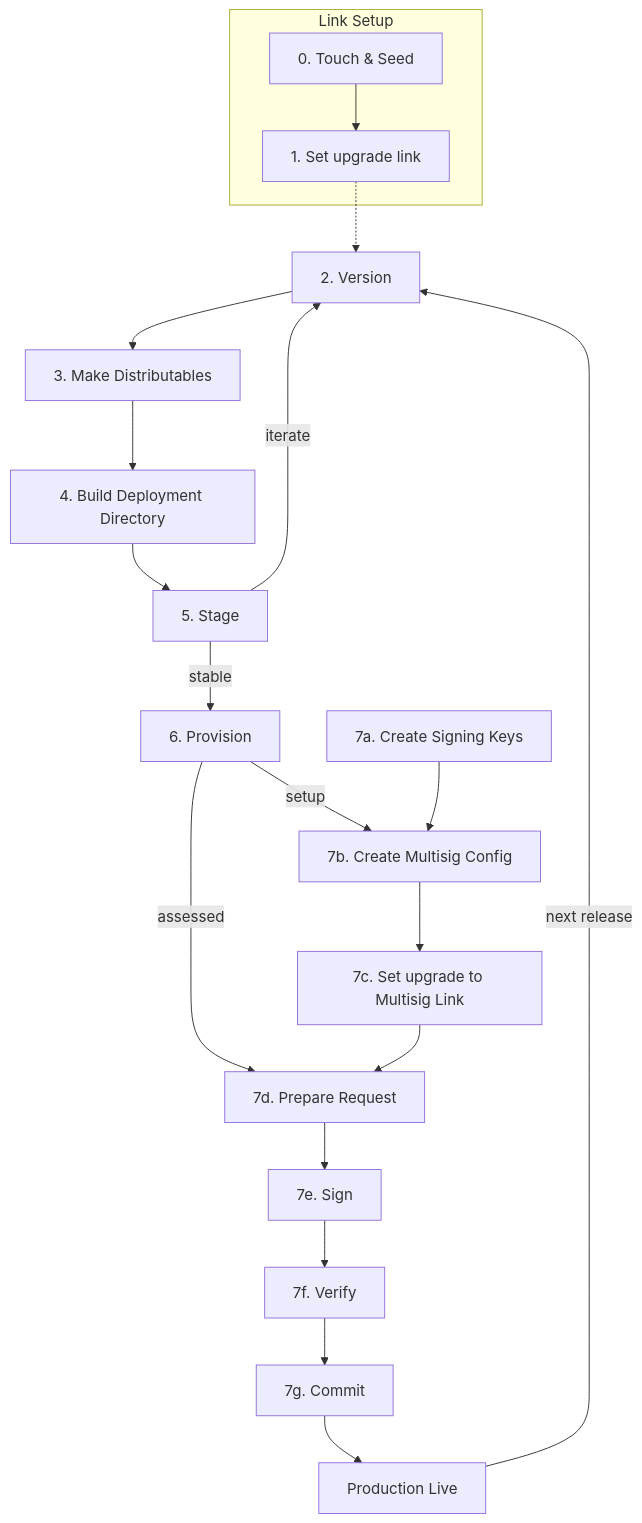
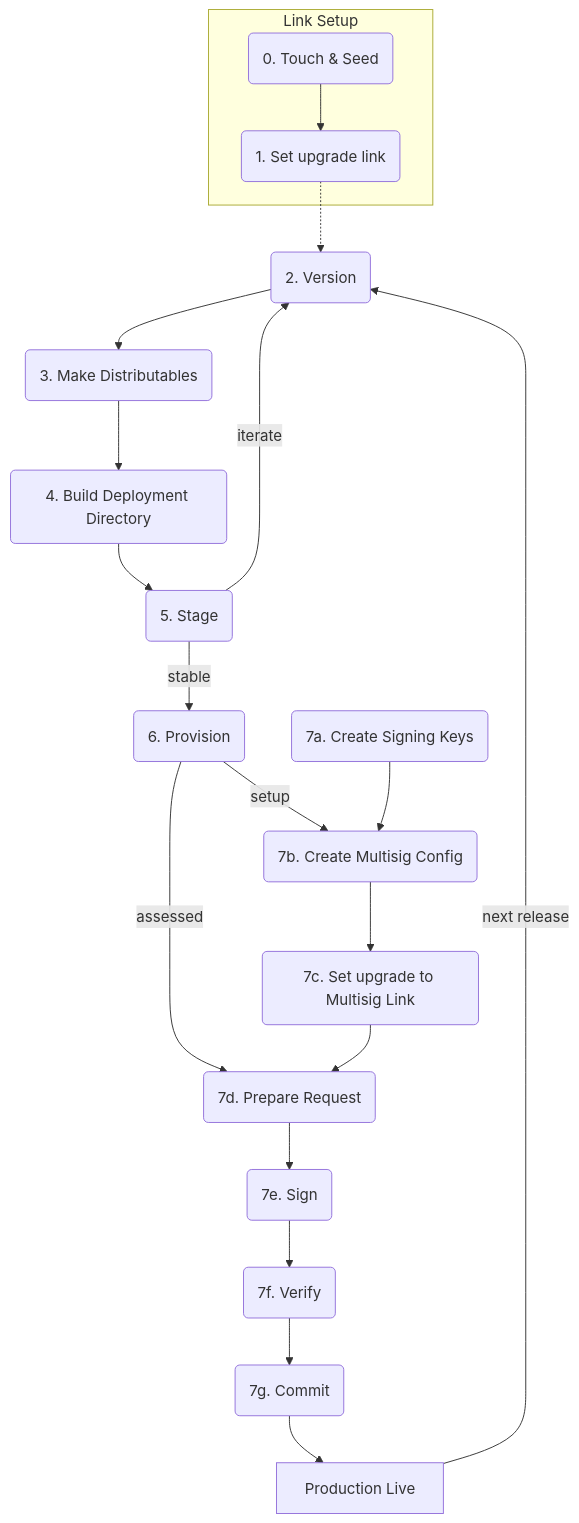
One commit to AndreiRegiani/hello-pear-electron changed the fourth of 9 diagrams in README.md. Above: the diagram before and after it, drawn with Mermaid. The commit also changed other lines of this file, not shown here.

Commit message:
iterate diagrams (#36)

````diff
--- a/README.md
+++ b/README.md
@@ -335,25 +335,25 @@
 ```mermaid
 graph TD
     subgraph Link Setup
-        T[0. Touch & Seed] --> U[1. Set upgrade link]
+        T(0. Touch & Seed) --> U(1. Set upgrade link)
     end
 
     U -.-> V
 
-    V[2. Version] --> Make[3. Make Distributables]
-    Make --> Build[4. Build Deployment Directory]
-    Build --> Stage[5. Stage]
+    V(2. Version) --> Make(3. Make Distributables)
+    Make --> Build(4. Build Deployment Directory)
+    Build --> Stage(5. Stage)
     Stage -->|iterate| V
-    Stage -->|stable| Prov[6. Provision]
-    Prov -->|assessed| Req[7d. Prepare Request]
-    Req --> Sign[7e. Sign]
-    Sign --> Verify[7f. Verify]
-    Verify --> Commit[7g. Commit]
+    Stage -->|stable| Prov(6. Provision)
+    Prov -->|assessed| Req(7d. Prepare Request)
+    Req --> Sign(7e. Sign)
+    Sign --> Verify(7f. Verify)
+    Verify --> Commit(7g. Commit)
     Commit --> Live[Production Live]
     Live -->|next release| V
 
-    K[7a. Create Signing Keys] --> C[7b. Create Multisig Config]
+    K(7a. Create Signing Keys) --> C(7b. Create Multisig Config)
     Prov -->|setup| C
-    C --> L[7c. Set upgrade to Multisig Link]
+    C --> L(7c. Set upgrade to Multisig Link)
     L --> Req
 ```
````
